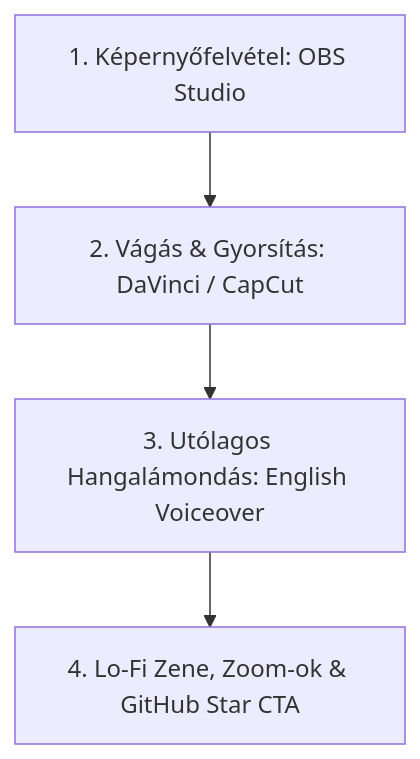
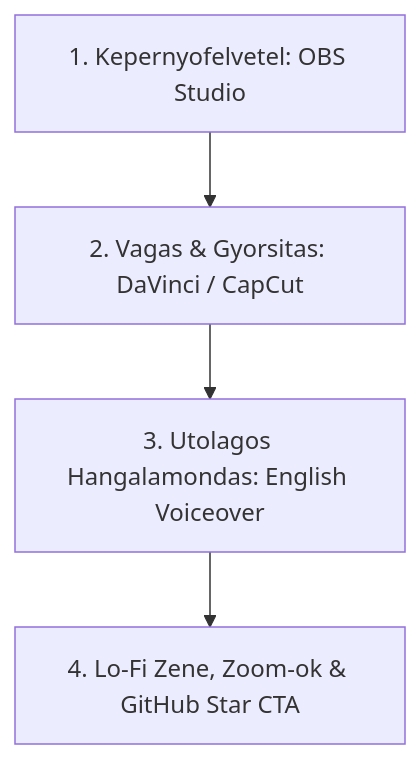
The diagram in docs/18_YOUTUBE_PRODUCTION_AND_EDITING_GUIDE.md (badzso-boop/ai-os), drawn with Mermaid before and after one commit. The commit also changed other lines of this file and 21 other files, not shown here.

````diff
--- a/docs/18_YOUTUBE_PRODUCTION_AND_EDITING_GUIDE.md
+++ b/docs/18_YOUTUBE_PRODUCTION_AND_EDITING_GUIDE.md
@@ -11,6 +11,6 @@
 ```mermaid
 graph TD
-    Step1[1. Képernyőfelvétel: OBS Studio] --> Step2[2. Vágás & Gyorsítás: DaVinci / CapCut]
-    Step2 --> Step3[3. Utólagos Hangalámondás: English Voiceover]
+    Step1[1. Kepernyofelvetel: OBS Studio] --> Step2[2. Vagas & Gyorsitas: DaVinci / CapCut]
+    Step2 --> Step3[3. Utolagos Hangalamondas: English Voiceover]
     Step3 --> Step4[4. Lo-Fi Zene, Zoom-ok & GitHub Star CTA]
 ```
````
